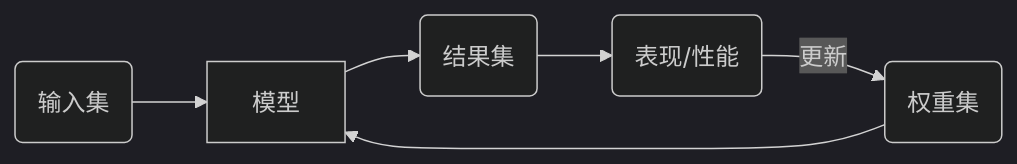
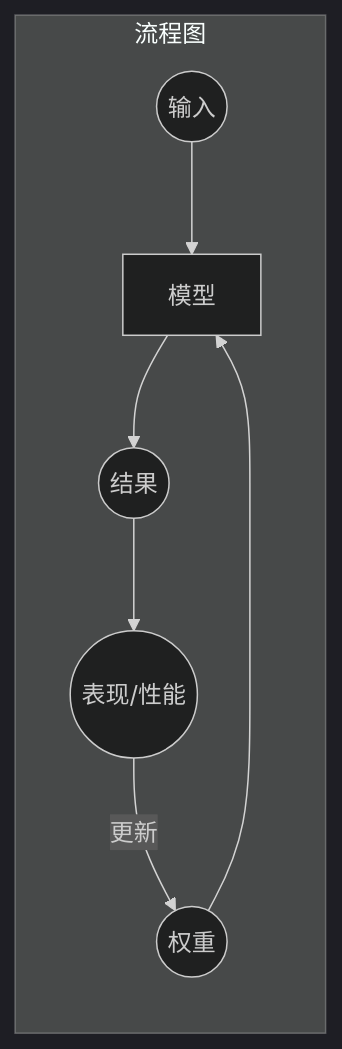
One commit to Jaas-Wang/smartbook changed the sixth of 8 diagrams in smartbook/Fastai-01.md. Above: the diagram before and after it, drawn with Mermaid (dark theme). The commit also changed other lines of this file, not shown here.

````diff
--- a/smartbook/Fastai-01.md
+++ b/smartbook/Fastai-01.md
@@ -722,13 +722,17 @@
 ```mermaid
 graph LR
 
-B(输入集)
-C(权重集)
+B((输入))
+C((权重))
 D[模型]
-E(结果集)
-F(表现/性能)
-B --> D
-C --> D
-D --> E
+E((结果))
+F((表现/性能))
+subgraph 流程图
+B --> D;
+C --> D;
+D --> E;
+end
+subgraph 流程图
 E --> F --更新--> C
+end
 ```
````
